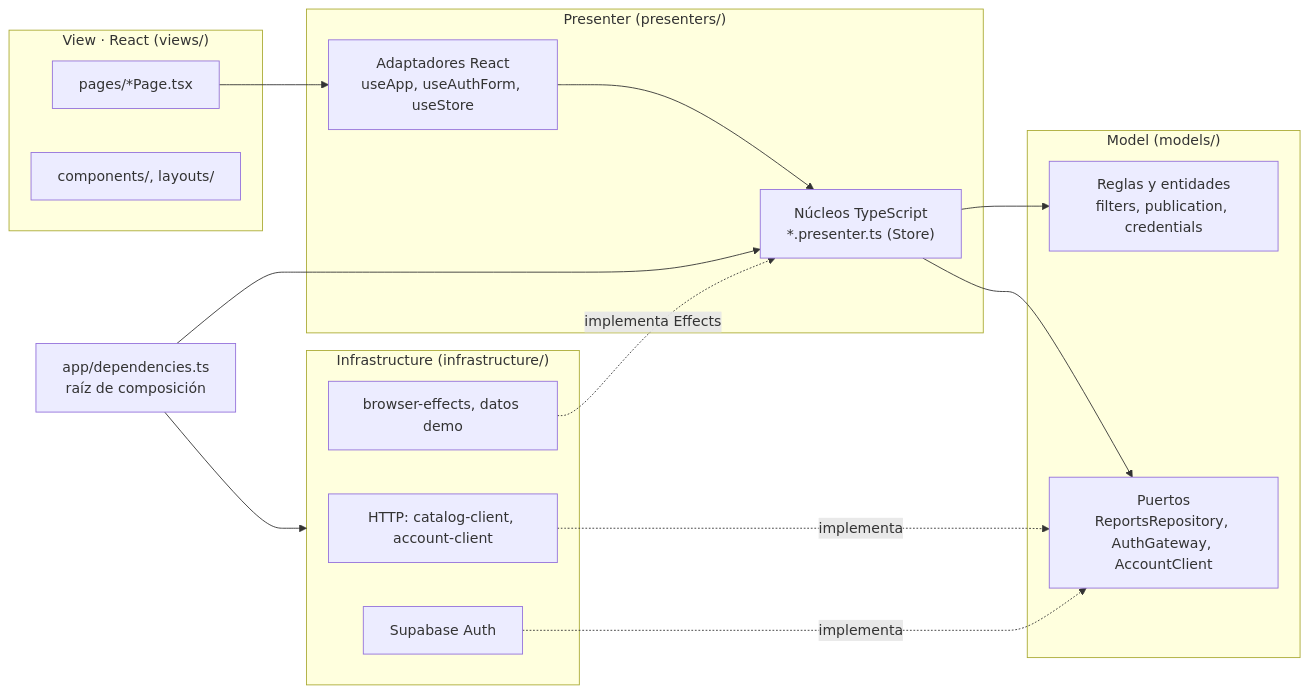
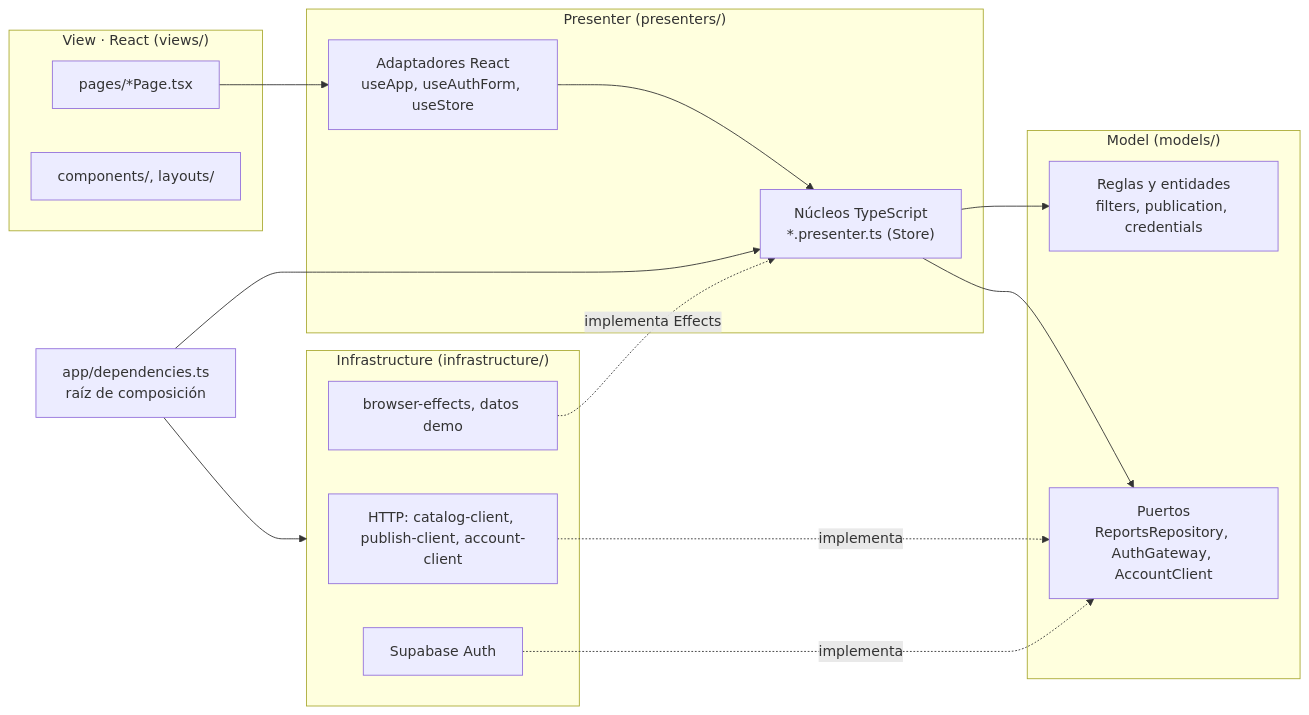
One commit to Alee053/perdi-u changed the diagram in docs/architecture/mvp.md. Above: the diagram before and after it, drawn with Mermaid. The commit also changed other lines of this file and 30 other files, not shown here.

````diff
--- a/docs/architecture/mvp.md
+++ b/docs/architecture/mvp.md
@@ -25,29 +25,29 @@
 ```mermaid
 flowchart LR
   subgraph View["View · React (views/)"]
     Pages["pages/*Page.tsx"]
     Components["components/, layouts/"]
   end
   subgraph Presenter["Presenter (presenters/)"]
     Hooks["Adaptadores React<br/>useApp, useAuthForm, useStore"]
     Core["Núcleos TypeScript<br/>*.presenter.ts (Store)"]
   end
   subgraph Model["Model (models/)"]
     Rules["Reglas y entidades<br/>filters, publication, credentials"]
     Ports["Puertos<br/>ReportsRepository, AuthGateway, AccountClient"]
   end
   subgraph Infra["Infrastructure (infrastructure/)"]
-    Http["HTTP: catalog-client, account-client"]
+    Http["HTTP: catalog-client, publish-client, account-client"]
     Auth["Supabase Auth"]
     Browser["browser-effects, datos demo"]
   end
   App["app/dependencies.ts<br/>raíz de composición"]
 
   Pages --> Hooks --> Core --> Rules
   Core --> Ports
   Http -. implementa .-> Ports
   Auth -. implementa .-> Ports
   App --> Core
   App --> Infra
   Browser -. implementa Effects .-> Core
 ```
````
